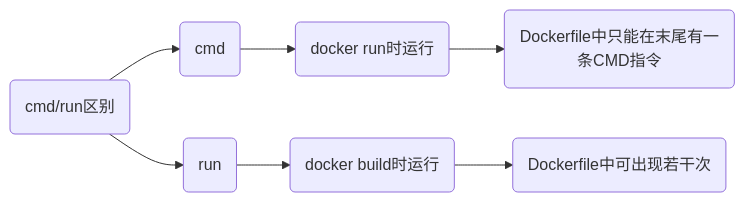
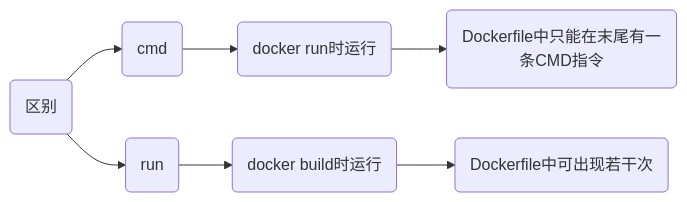
The diagram in _posts/Software/Docker/2024-08-27-Dockerfile.md (dmjcb/dmjcb.github.io), drawn with Mermaid before and after one commit. The commit also changed other lines of this file and 38 other files, not shown here.

````diff
--- a/_posts/Software/Docker/2024-08-27-Dockerfile.md
+++ b/_posts/Software/Docker/2024-08-27-Dockerfile.md
@@ -67,6 +71,6 @@
 ```mermaid
 graph LR;
-    X(cmd/run区别)
+    X(区别)
     X --> A(cmd) --> A1(docker run时运行) --> A2(Dockerfile中只能在末尾有一条CMD指令)
     X --> B(run) --> B1(docker build时运行) --> B2(Dockerfile中可出现若干次)
 ```
````
